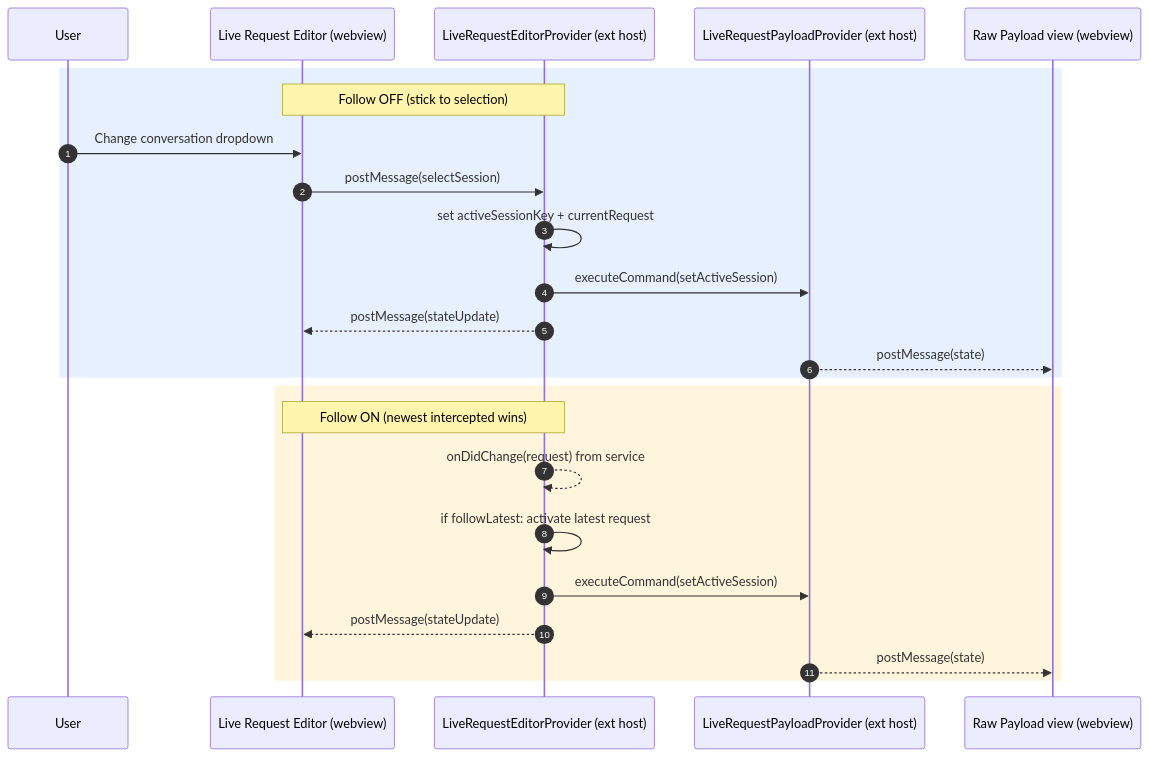
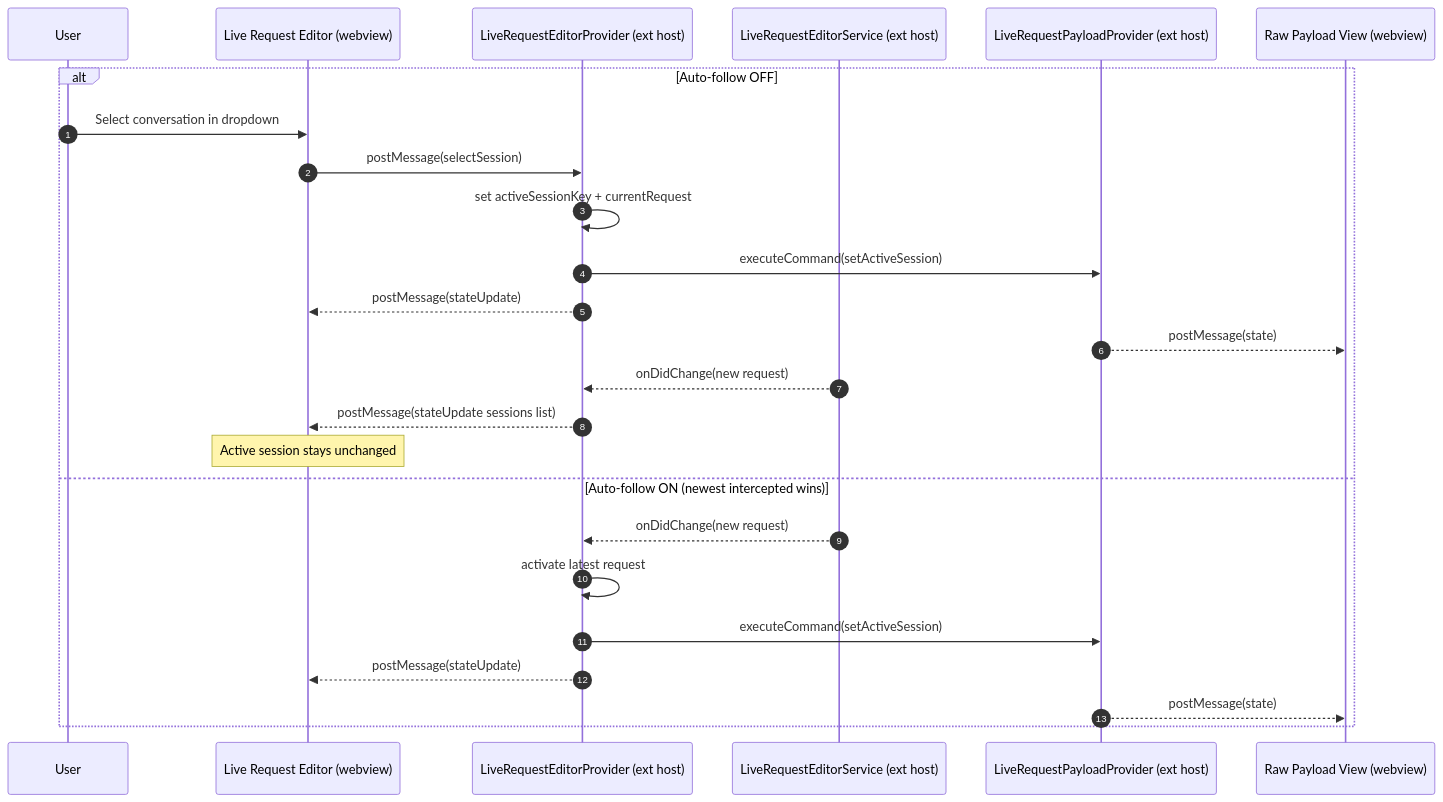
The diagram in .kiro/specs/cli-history-replay/follow-mode-propagation.md (yulongbai-nov/vscode-copilot-chat), drawn with Mermaid before and after one commit. The commit also changed other lines of this file and 7 other files, not shown here.

````diff
--- a/.kiro/specs/cli-history-replay/follow-mode-propagation.md
+++ b/.kiro/specs/cli-history-replay/follow-mode-propagation.md
@@ -7,28 +25,29 @@
 ```mermaid
 sequenceDiagram
   autonumber
   participant User as User
-  participant Webview as Live Request Editor (webview)
-  participant Provider as LiveRequestEditorProvider (ext host)
+  participant LRE_UI as Live Request Editor (webview)
+  participant LRE as LiveRequestEditorProvider (ext host)
+  participant Service as LiveRequestEditorService (ext host)
   participant Payload as LiveRequestPayloadProvider (ext host)
-  participant PayloadUI as Raw Payload view (webview)
+  participant Payload_UI as Raw Payload View (webview)
 
-  rect rgb(230, 240, 255)
-    note over Webview,Provider: Follow OFF (stick to selection)
-    User->>Webview: Change conversation dropdown
-    Webview->>Provider: postMessage(selectSession)
-    Provider->>Provider: set activeSessionKey + currentRequest
-    Provider->>Payload: executeCommand(setActiveSession)
-    Provider-->>Webview: postMessage(stateUpdate)
-    Payload-->>PayloadUI: postMessage(state)
-  end
+  alt Auto-follow OFF
+    User->>LRE_UI: Select conversation in dropdown
+    LRE_UI->>LRE: postMessage(selectSession)
+    LRE->>LRE: set activeSessionKey + currentRequest
+    LRE->>Payload: executeCommand(setActiveSession)
+    LRE-->>LRE_UI: postMessage(stateUpdate)
+    Payload-->>Payload_UI: postMessage(state)
 
-  rect rgb(255, 245, 220)
-    note over Webview,Provider: Follow ON (newest intercepted wins)
-    Provider-->>Provider: onDidChange(request) from service
-    Provider->>Provider: if followLatest: activate latest request
-    Provider->>Payload: executeCommand(setActiveSession)
-    Provider-->>Webview: postMessage(stateUpdate)
-    Payload-->>PayloadUI: postMessage(state)
+    Service-->>LRE: onDidChange(new request)
+    LRE-->>LRE_UI: postMessage(stateUpdate sessions list)
+    Note over LRE_UI: Active session stays unchanged
+  else Auto-follow ON (newest intercepted wins)
+    Service-->>LRE: onDidChange(new request)
+    LRE->>LRE: activate latest request
+    LRE->>Payload: executeCommand(setActiveSession)
+    LRE-->>LRE_UI: postMessage(stateUpdate)
+    Payload-->>Payload_UI: postMessage(state)
   end
 ```
````
